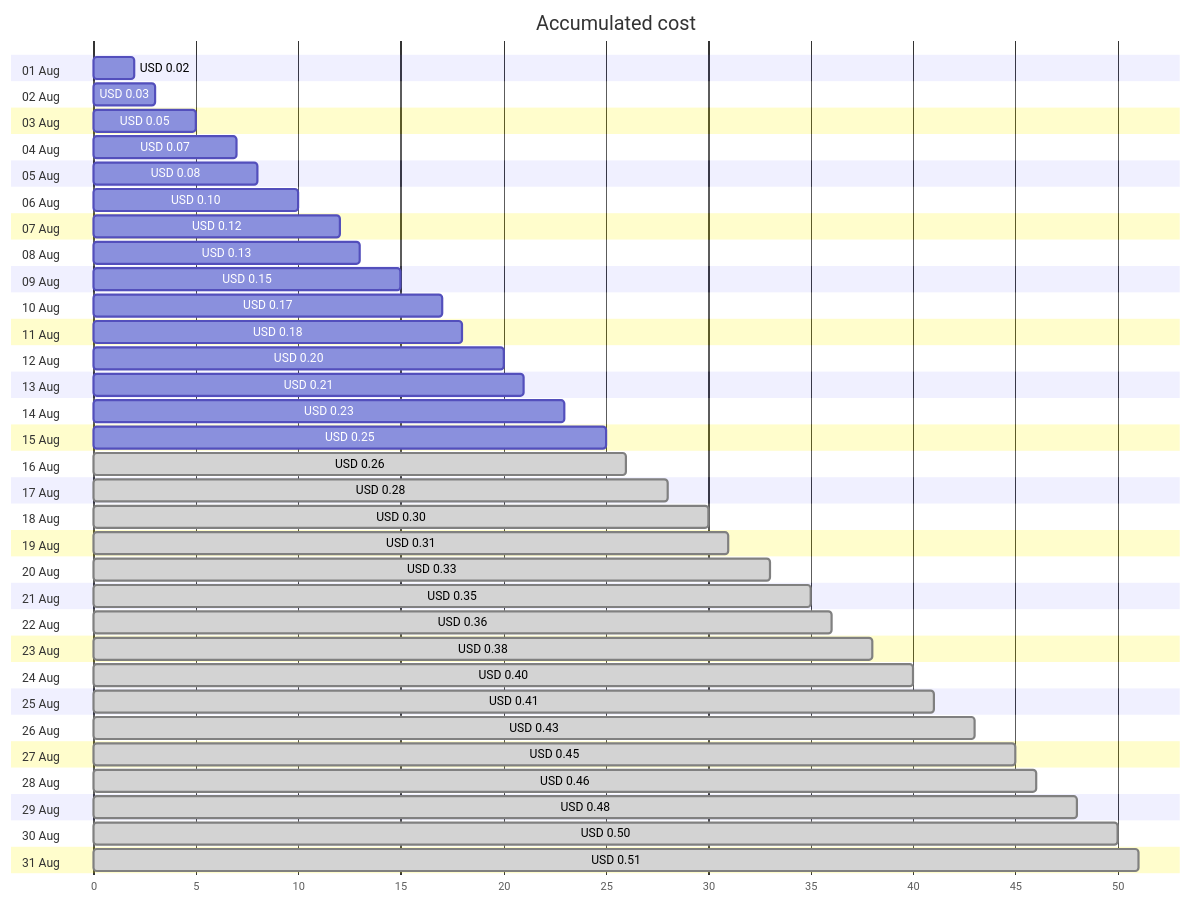
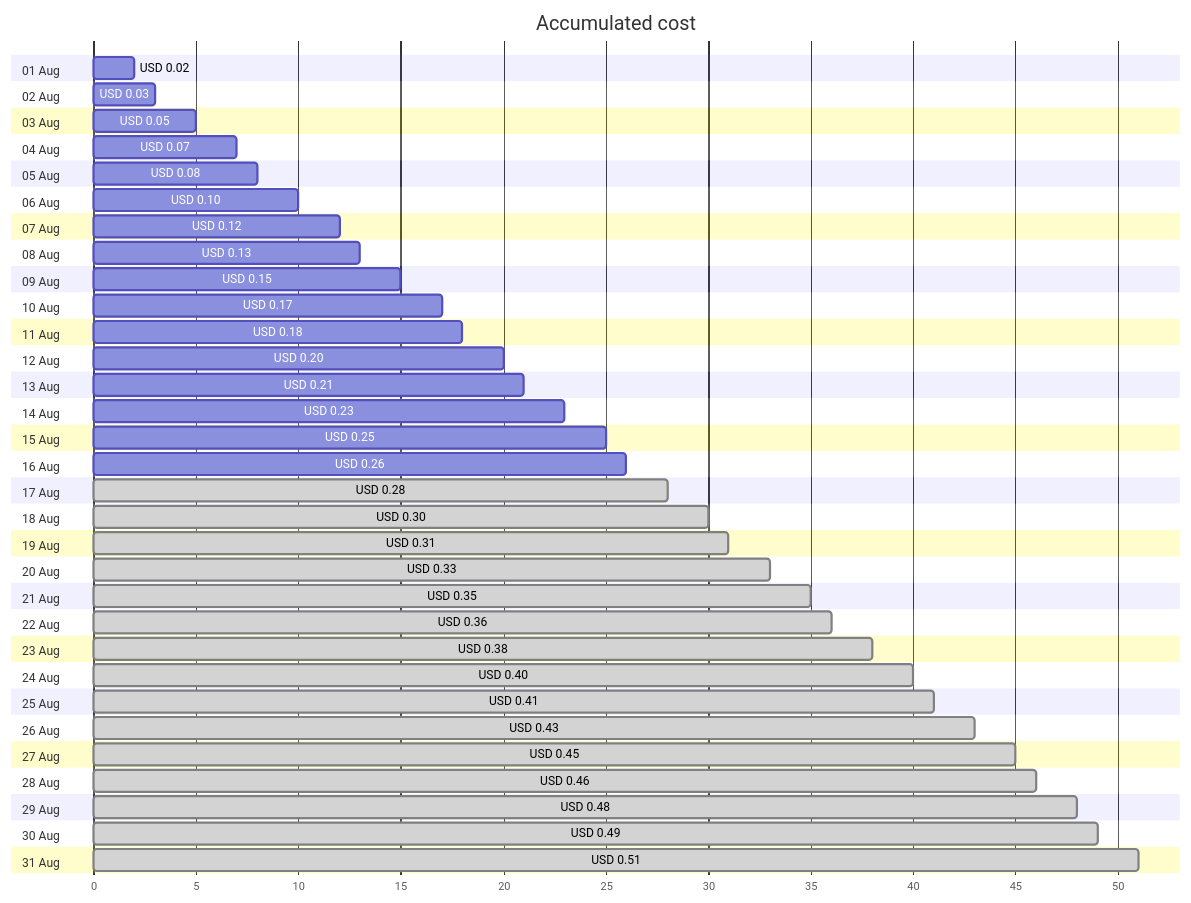
The first of 4 diagrams in cost-reports/personal-dns/jpatrickfulton.dev.md (jpfulton/azure-personal-reports), drawn with Mermaid before and after one commit. The commit also changed other lines of this file and 2 other files, not shown here.

````diff
--- a/cost-reports/personal-dns/jpatrickfulton.dev.md
+++ b/cost-reports/personal-dns/jpatrickfulton.dev.md
@@ -20,68 +20,68 @@
 ```mermaid
 gantt
    title Accumulated cost
    dateFormat  X
    axisFormat %s
    section 01 Aug
    USD 0.02 :0, 2
    section 02 Aug
    USD 0.03 :0, 3
    section 03 Aug
    USD 0.05 :0, 5
    section 04 Aug
    USD 0.07 :0, 7
    section 05 Aug
    USD 0.08 :0, 8
    section 06 Aug
    USD 0.10 :0, 10
    section 07 Aug
    USD 0.12 :0, 12
    section 08 Aug
    USD 0.13 :0, 13
    section 09 Aug
    USD 0.15 :0, 15
    section 10 Aug
    USD 0.17 :0, 17
    section 11 Aug
    USD 0.18 :0, 18
    section 12 Aug
    USD 0.20 :0, 20
    section 13 Aug
    USD 0.21 :0, 21
    section 14 Aug
    USD 0.23 :0, 23
    section 15 Aug
    USD 0.25 :0, 25
    section 16 Aug
-   USD 0.26 : done, 0, 26
+   USD 0.26 :0, 26
    section 17 Aug
    USD 0.28 : done, 0, 28
    section 18 Aug
    USD 0.30 : done, 0, 30
    section 19 Aug
    USD 0.31 : done, 0, 31
    section 20 Aug
    USD 0.33 : done, 0, 33
    section 21 Aug
    USD 0.35 : done, 0, 35
    section 22 Aug
    USD 0.36 : done, 0, 36
    section 23 Aug
    USD 0.38 : done, 0, 38
    section 24 Aug
    USD 0.40 : done, 0, 40
    section 25 Aug
    USD 0.41 : done, 0, 41
    section 26 Aug
    USD 0.43 : done, 0, 43
    section 27 Aug
    USD 0.45 : done, 0, 45
    section 28 Aug
    USD 0.46 : done, 0, 46
    section 29 Aug
    USD 0.48 : done, 0, 48
    section 30 Aug
-   USD 0.50 : done, 0, 50
+   USD 0.49 : done, 0, 49
    section 31 Aug
    USD 0.51 : done, 0, 51
 ```
````
